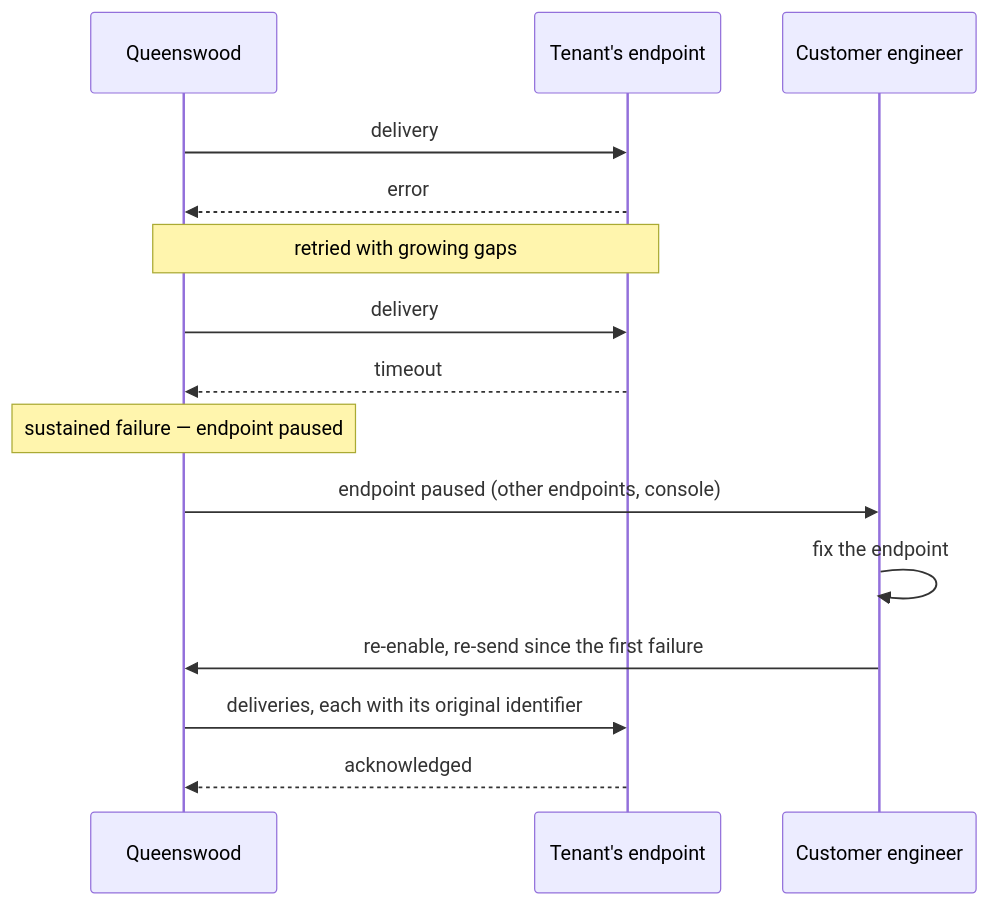
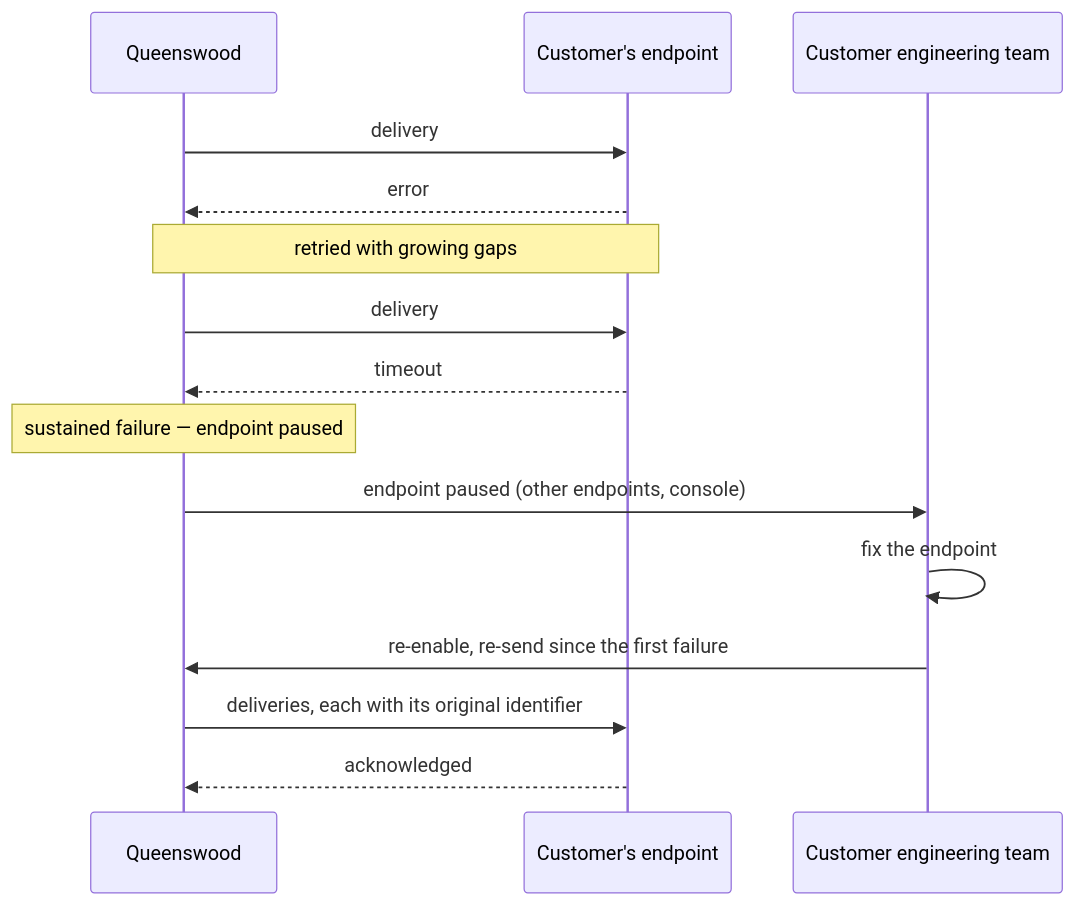
The third of 4 diagrams in docs/prd/webhooks.md (repldriven/queenswood), drawn with Mermaid before and after one commit. The commit also changed other lines of this file and 32 other files, not shown here.

````diff
--- a/docs/prd/webhooks.md
+++ b/docs/prd/webhooks.md
@@ -312,18 +312,18 @@
 ```mermaid
 sequenceDiagram
     participant Q as Queenswood
-    participant E as Tenant's endpoint
-    participant T as Customer engineer
+    participant E as Customer's endpoint
+    participant T as Customer engineering team
 
     Q->>E: delivery
     E-->>Q: error
     Note over Q,E: retried with growing gaps
     Q->>E: delivery
     E-->>Q: timeout
     Note over Q: sustained failure — endpoint paused
     Q->>T: endpoint paused (other endpoints, console)
     T->>T: fix the endpoint
     T->>Q: re-enable, re-send since the first failure
     Q->>E: deliveries, each with its original identifier
     E-->>Q: acknowledged
 ```
````
